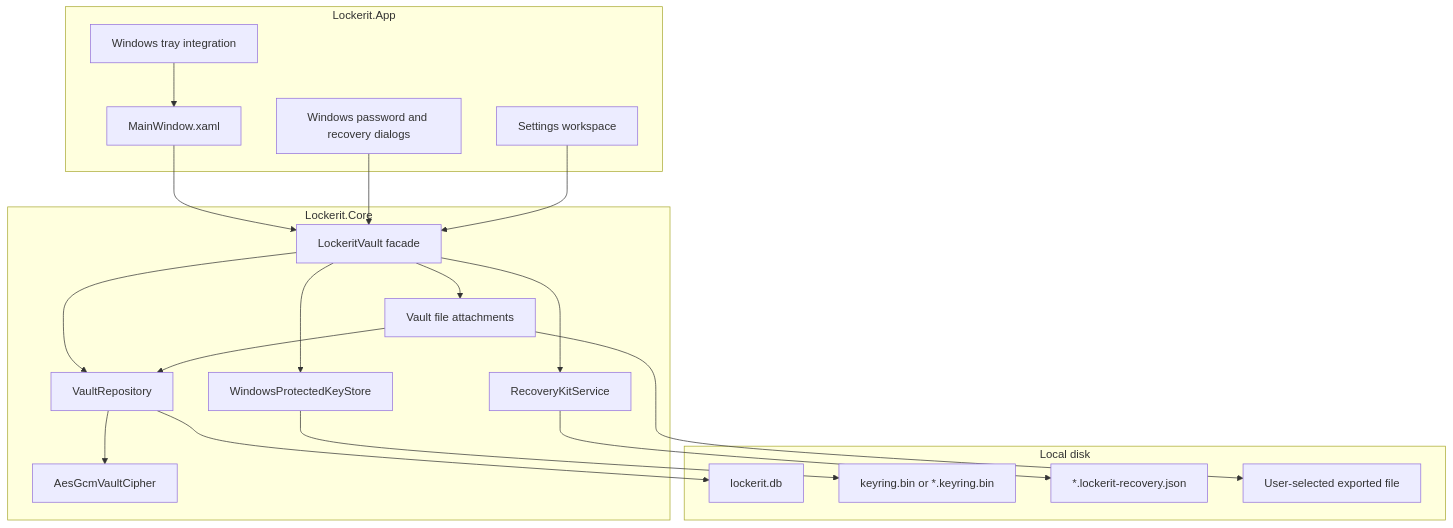
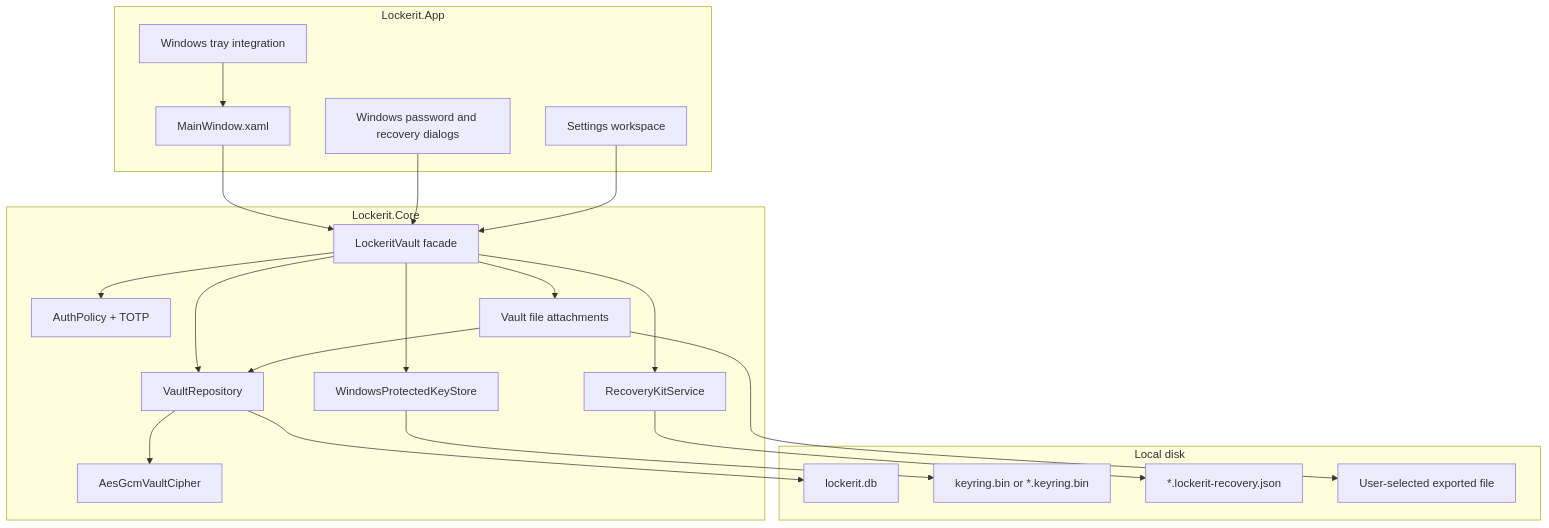
Before and after one commit to viamus/locker-it: the third of 4 diagrams in README.md, drawn with Mermaid. The commit also changed other lines of this file and 22 other files, not shown here.

Commit message:
Add AuthPolicy TOTP gate

````diff
--- a/README.md
+++ b/README.md
@@ -109,40 +116,42 @@
 ```mermaid
 flowchart TB
     subgraph UI["Lockerit.App"]
         MainWindow["MainWindow.xaml"]
         Dialogs["Windows password and recovery dialogs"]
         Settings["Settings workspace"]
         Tray["Windows tray integration"]
     end
 
     subgraph Core["Lockerit.Core"]
         Vault["LockeritVault facade"]
         Repository["VaultRepository"]
         Cipher["AesGcmVaultCipher"]
         KeyStore["WindowsProtectedKeyStore"]
         RecoveryService["RecoveryKitService"]
+        AuthPolicy["AuthPolicy + TOTP"]
         FileAttachments["Vault file attachments"]
     end
 
     subgraph Disk["Local disk"]
         Database["lockerit.db"]
         KeyFile["keyring.bin or *.keyring.bin"]
         RecoveryFile["*.lockerit-recovery.json"]
         ExportedFile["User-selected exported file"]
     end
 
     MainWindow --> Vault
     Dialogs --> Vault
     Settings --> Vault
     Tray --> MainWindow
     Vault --> Repository
     Vault --> KeyStore
     Vault --> RecoveryService
+    Vault --> AuthPolicy
     Vault --> FileAttachments
     Repository --> Cipher
     Repository --> Database
     KeyStore --> KeyFile
     RecoveryService --> RecoveryFile
     FileAttachments --> Repository
     FileAttachments --> ExportedFile
 ```
````
